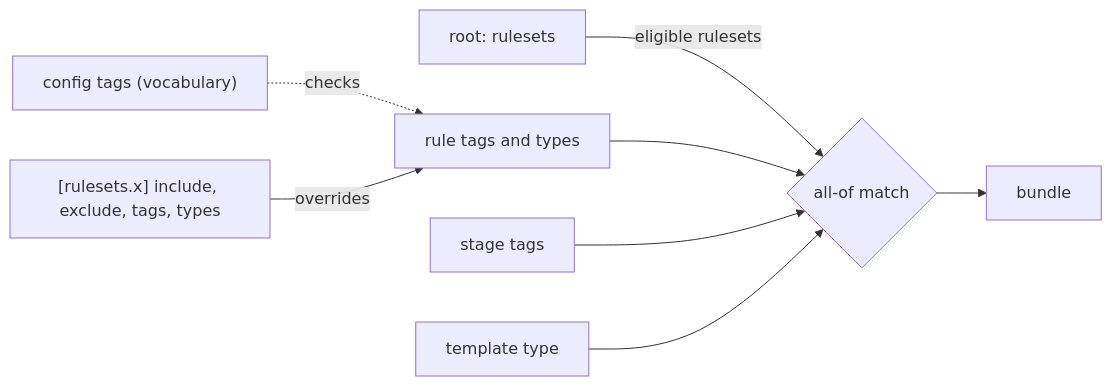
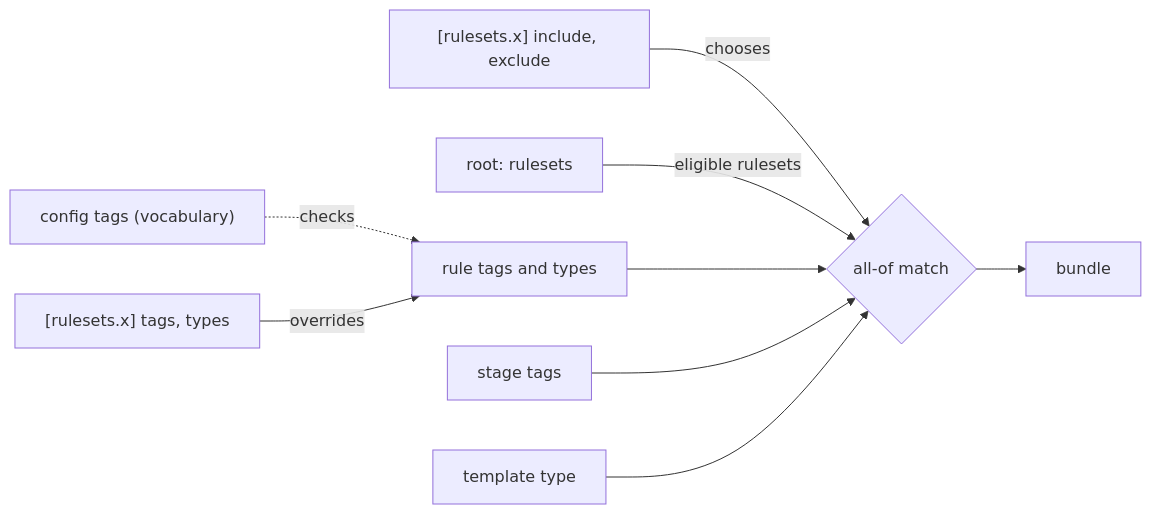
One commit to msitarz/wio changed the first of 2 diagrams in .agents/wio/works/rule-presets/README.md. Above: the diagram before and after it, drawn with Mermaid. The commit also changed other lines of this file, not shown here.

````diff
--- a/.agents/wio/works/rule-presets/README.md
+++ b/.agents/wio/works/rule-presets/README.md
@@ -157,10 +169,11 @@
 ```mermaid
 flowchart LR
     voc["config tags (vocabulary)"] -. "checks" .-> rt["rule tags and types"]
-    ovr["[rulesets.x] include, exclude, tags, types"] -- "overrides" --> rt
+        ovr["[rulesets.x] tags, types"] -- "overrides" --> rt
+    cho["[rulesets.x] include, exclude"] -- "chooses" --> sel
     root["root: rulesets"] -- "eligible rulesets" --> sel{"all-of match"}
     rt --> sel
     st["stage tags"] --> sel
     ty["template type"] --> sel
     sel --> bundle["bundle"]
 ```
````
